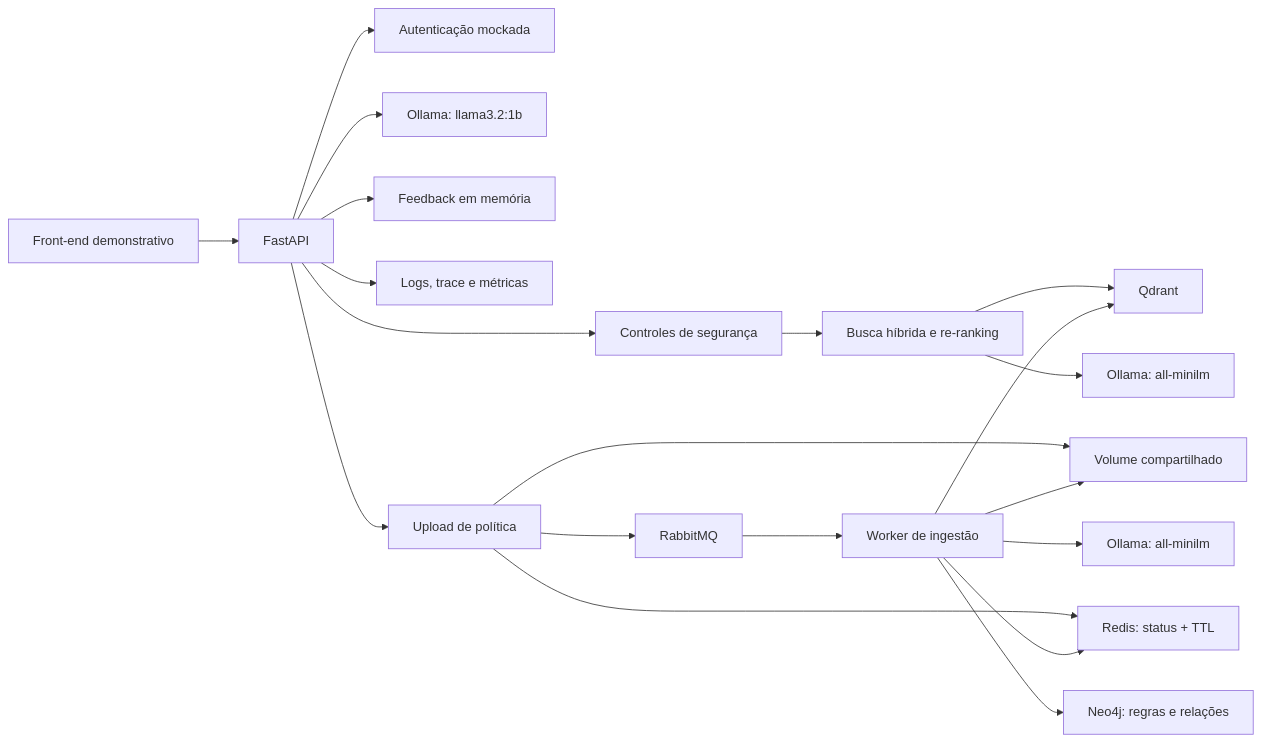
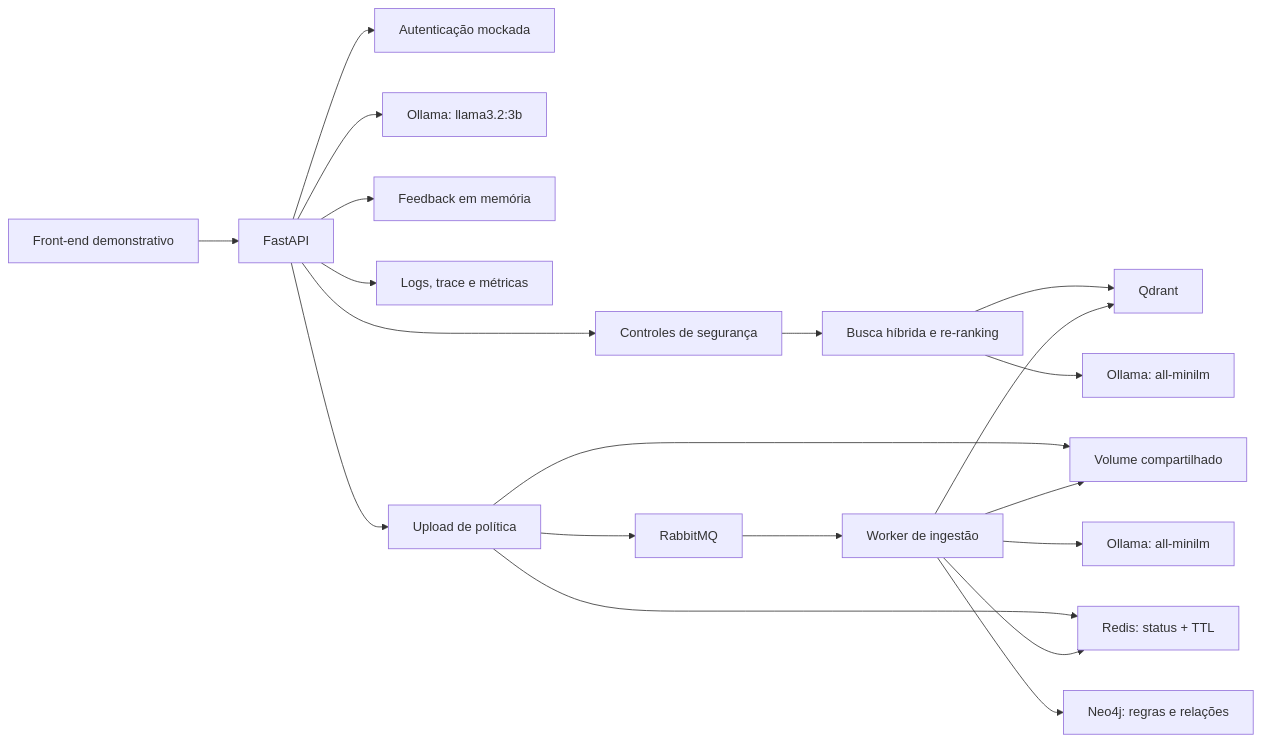
The first of 3 diagrams in docs/rag-arquitetura-explicacao-local-v1.md (yhenriux/onfly-policy-copilot), drawn with Mermaid before and after one commit. The commit also changed other lines of this file and 9 other files, not shown here.

Commit message:
docs: sync library with current architecture and flows

````diff
--- a/docs/rag-arquitetura-explicacao-local-v1.md
+++ b/docs/rag-arquitetura-explicacao-local-v1.md
@@ -7,22 +7,22 @@
 ```mermaid
 flowchart LR
     Browser["Front-end demonstrativo"] --> API["FastAPI"]
     API --> Auth["Autenticação mockada"]
     API --> Guard["Controles de segurança"]
     Guard --> Retrieval["Busca híbrida e re-ranking"]
     Retrieval --> Qdrant["Qdrant"]
     Retrieval --> OllamaQuery["Ollama: all-minilm"]
-    API --> OllamaAnswer["Ollama: llama3.2:1b"]
+    API --> OllamaAnswer["Ollama: llama3.2:3b"]
     API --> Feedback["Feedback em memória"]
     API --> Obs["Logs, trace e métricas"]
     API --> Upload["Upload de política"]
     Upload --> Shared["Volume compartilhado"]
     Upload --> Jobs["RabbitMQ"]
     Upload --> JobStatus["Redis: status + TTL"]
     Jobs --> Worker["Worker de ingestão"]
     Worker --> Shared
     Worker --> OllamaEmbed["Ollama: all-minilm"]
     Worker --> Qdrant
     Worker --> JobStatus
     Worker --> Graph["Neo4j: regras e relações"]
 ```
````
